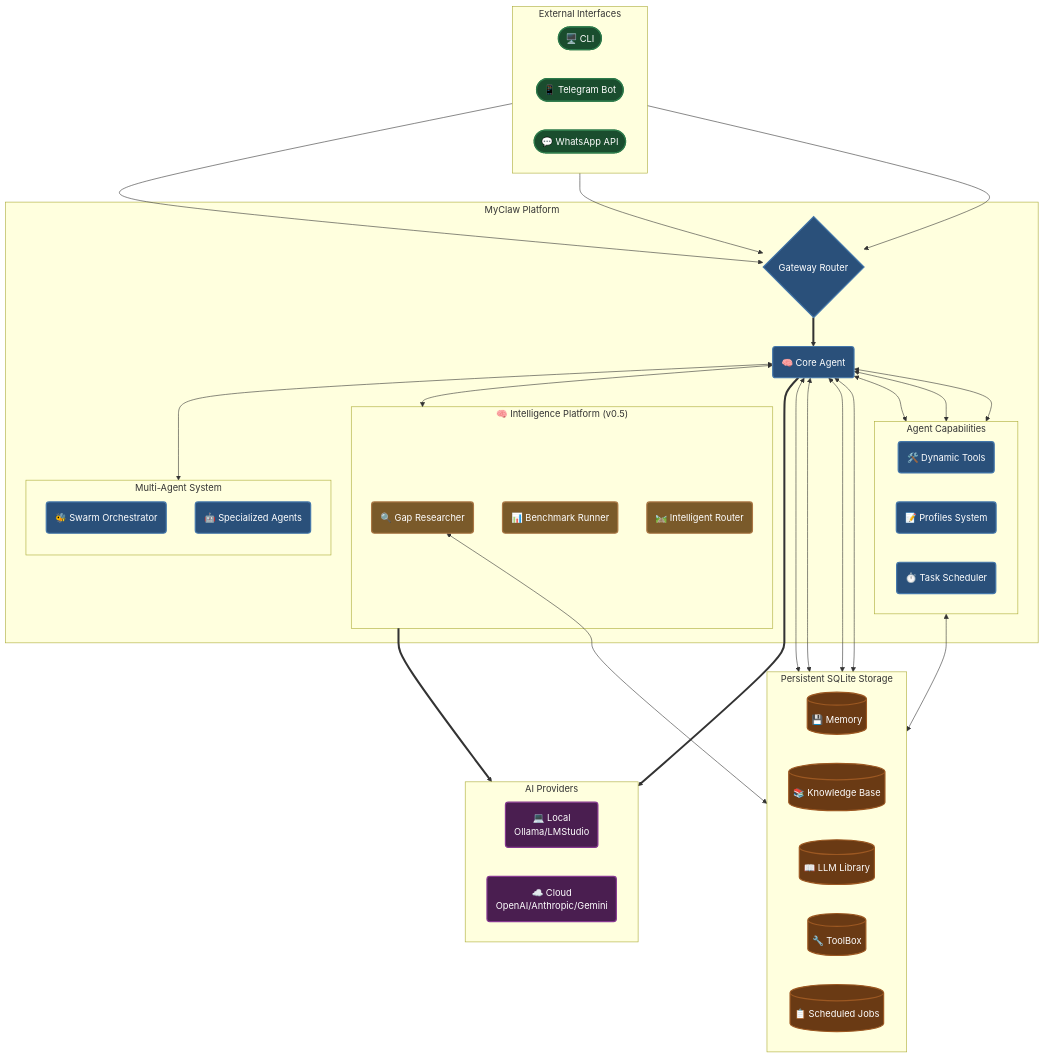
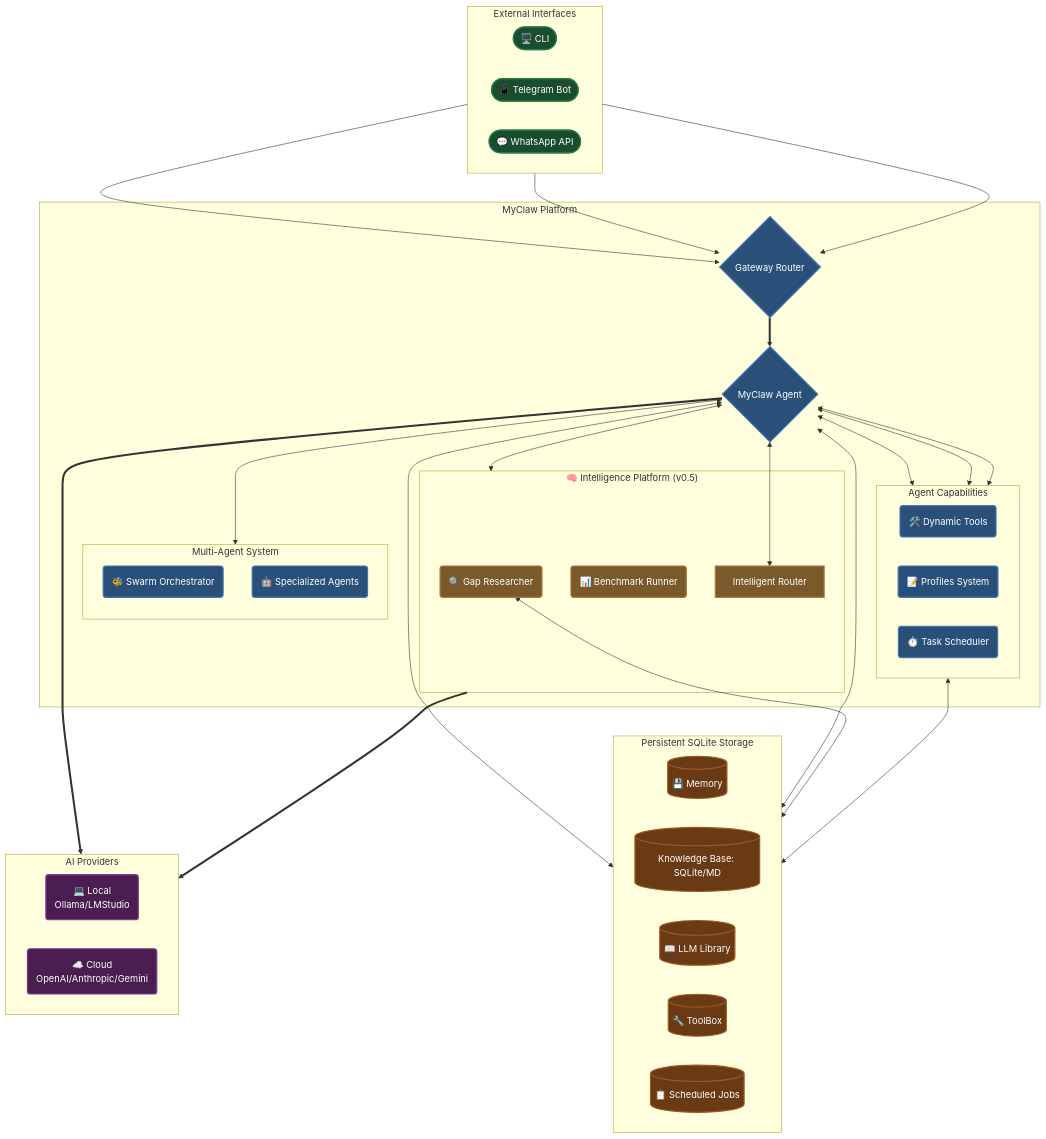
Before and after one commit to adrianx26/zensynora: the diagram in README.md, drawn with Mermaid. The commit also changed other lines of this file and 3 other files, not shown here.

```diff
--- a/README.md
+++ b/README.md
@@ -119,9 +119,10 @@
     Agent <--> Sched
     Agent <--> Intelligence
     
-    Agent <--> Mem
-    Agent <--> KB
-    Agent <--> Lib
+    Agent{MyClaw Agent}
+    Router[Intelligent Router]
+    Agent <--> Router
+    Agent <--> KB[(Knowledge Base: SQLite/MD)]
     Agent <--> Toolbox
     Sched <--> Jobs
     GapRes <--> KB
```
